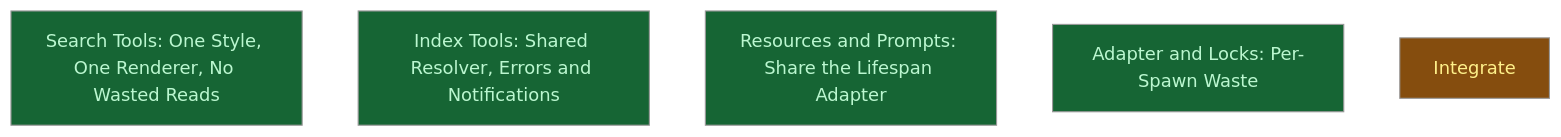
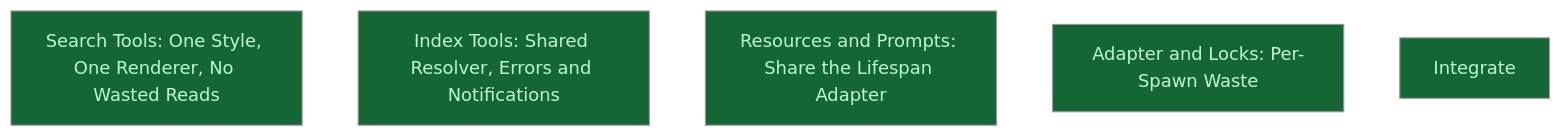
The diagram in __roadmap__/consistency/README.md (CrackingShells/colgrep-mcp), drawn with Mermaid (neutral theme) before and after one commit. The commit also changed other lines of this file, not shown here.

Commit message:
docs(roadmap): close the consistency campaign with every node done

````diff
--- a/__roadmap__/consistency/README.md
+++ b/__roadmap__/consistency/README.md
@@ -35,13 +35,13 @@
 ```mermaid
 graph TD
     search_tools[Search Tools: One Style, One Renderer, No Wasted Reads]:::done
     index_tools[Index Tools: Shared Resolver, Errors and Notifications]:::done
     context_free_handlers[Resources and Prompts: Share the Lifespan Adapter]:::done
     adapter_hygiene[Adapter and Locks: Per-Spawn Waste]:::done
-    integrate[Integrate]:::inprogress
+    integrate[Integrate]:::done
     classDef done       fill:#166534,color:#bbf7d0
     classDef inprogress fill:#854d0e,color:#fef08a
     classDef planned    fill:#374151,color:#e5e7eb
     classDef amendment  fill:#1e3a5f,color:#bfdbfe
     classDef blocked    fill:#7f1d1d,color:#fecaca
 ```
````
